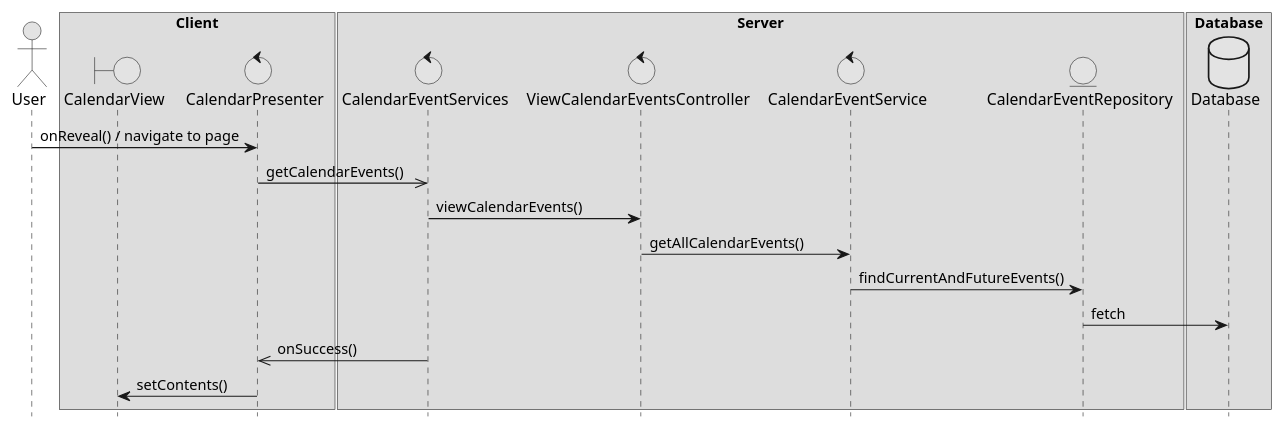
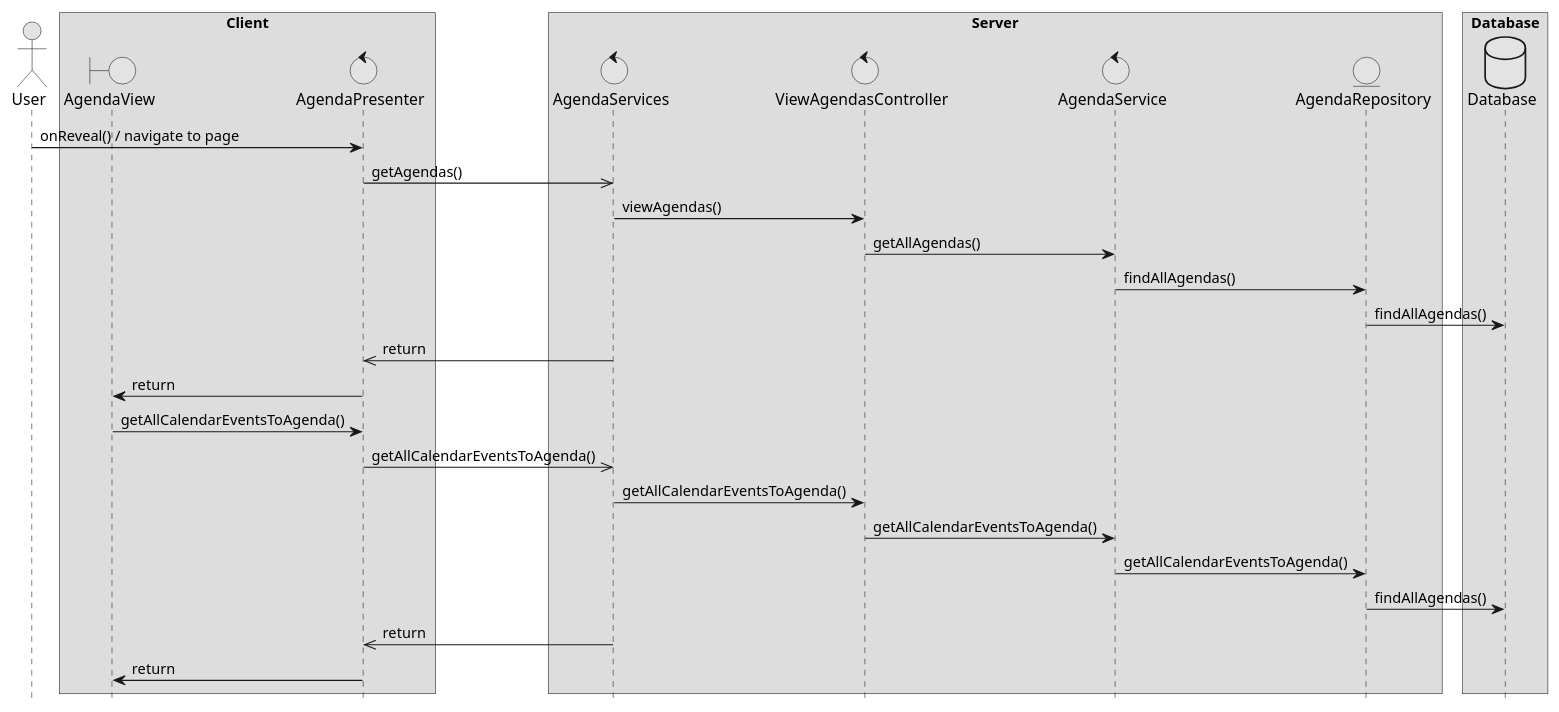
The diagram in docs/blue/1150372/sp2/design1.puml (Fuel4us/EventManagingApp), drawn with PlantUML before and after one commit. The commit also changed 15 other files, not shown here.

```diff
--- a/docs/blue/1150372/sp2/design1.puml
+++ b/docs/blue/1150372/sp2/design1.puml
@@ -1,41 +1,52 @@
 @startuml  design1
 
 skinparam monochrome true
 skinparam shadowing false
 hide footbox
 
 actor User
-boundary CalendarView
-control CalendarPresenter
-control CalendarEventServices
-control ViewCalendarEventsController
-control CalendarEventService
-entity CalendarEventRepository
+boundary AgendaView
+control AgendaPresenter
+control AgendaServices
+control ViewAgendasController
+control AgendaService
+entity AgendaRepository
 database Database 
 
 box "Client"
-participant CalendarView
-participant CalendarPresenter 
+participant AgendaView
+participant AgendaPresenter 
 end box
 
 box "Server"
-participant CalendarEventServices
-participant ViewCalendarEventsController
-participant CalendarEventService
-participant CalendarEventRepository
+participant AgendaServices
+participant ViewAgendasController
+participant AgendaService
+participant AgendaRepository
 end box
 
 box "Database"
 participant Database
 end box
 
-User -> CalendarPresenter : onReveal() / navigate to page 
-CalendarPresenter ->> CalendarEventServices : getCalendarEvents()
-CalendarEventServices -> ViewCalendarEventsController : viewCalendarEvents()
-ViewCalendarEventsController -> CalendarEventService : getAllCalendarEvents()
-CalendarEventService -> CalendarEventRepository : findCurrentAndFutureEvents()
-CalendarEventRepository -> Database : fetch
-CalendarEventServices ->> CalendarPresenter : onSuccess() 
-CalendarPresenter -> CalendarView : setContents()
+User -> AgendaPresenter : onReveal() / navigate to page 
+AgendaPresenter ->> AgendaServices : getAgendas()
+AgendaServices -> ViewAgendasController : viewAgendas()
+ViewAgendasController -> AgendaService : getAllAgendas()
+AgendaService -> AgendaRepository : findAllAgendas()
+AgendaRepository -> Database : findAllAgendas()
+
+AgendaServices ->> AgendaPresenter : return
+AgendaPresenter -> AgendaView : return
+
+AgendaView -> AgendaPresenter : getAllCalendarEventsToAgenda()
+AgendaPresenter ->> AgendaServices : getAllCalendarEventsToAgenda()
+AgendaServices -> ViewAgendasController : getAllCalendarEventsToAgenda()
+ViewAgendasController -> AgendaService : getAllCalendarEventsToAgenda()
+AgendaService -> AgendaRepository : getAllCalendarEventsToAgenda()
+AgendaRepository -> Database : findAllAgendas()
+
+AgendaServices ->> AgendaPresenter : return
+AgendaPresenter -> AgendaView : return
 
 @enduml
```
